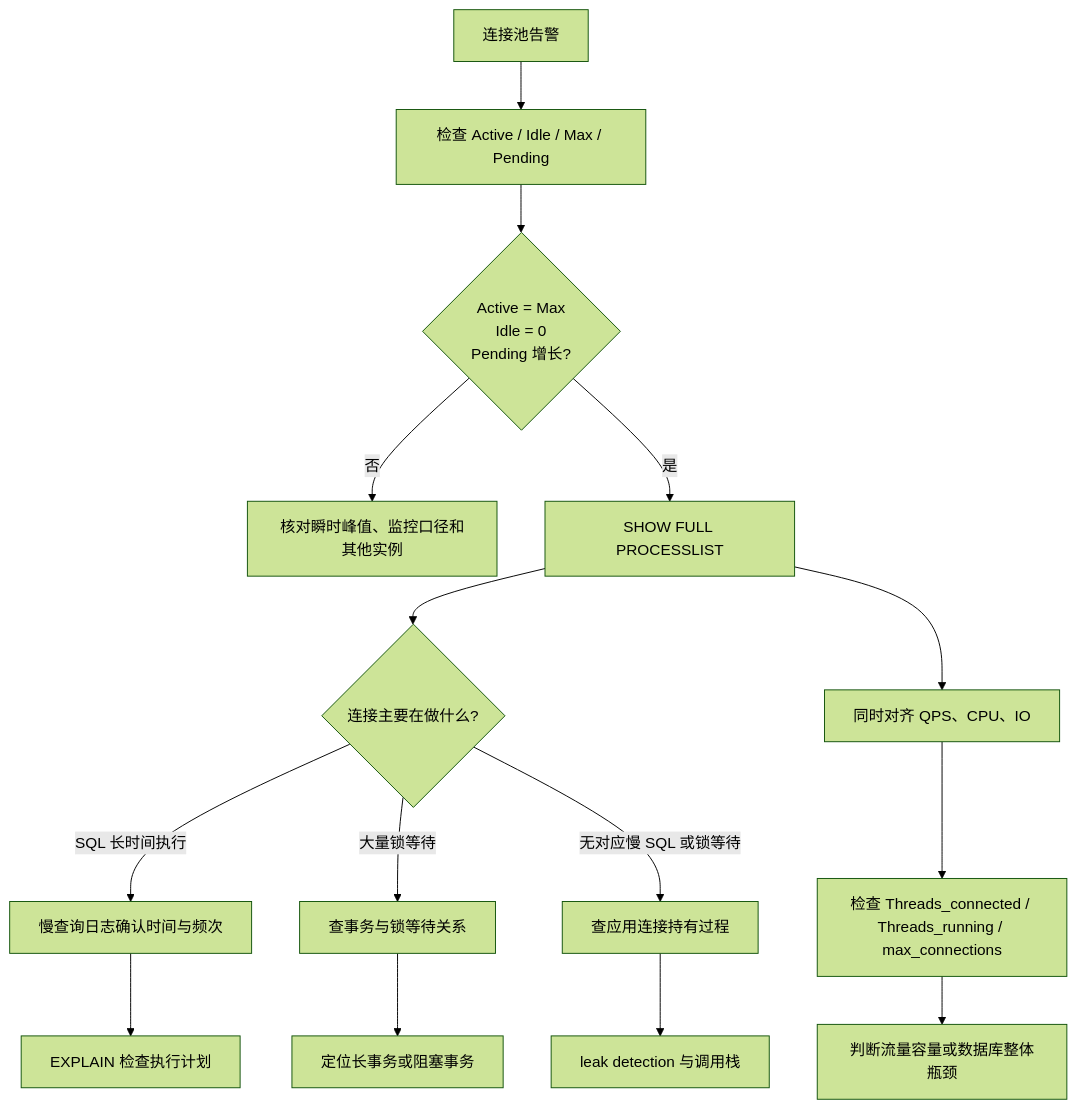
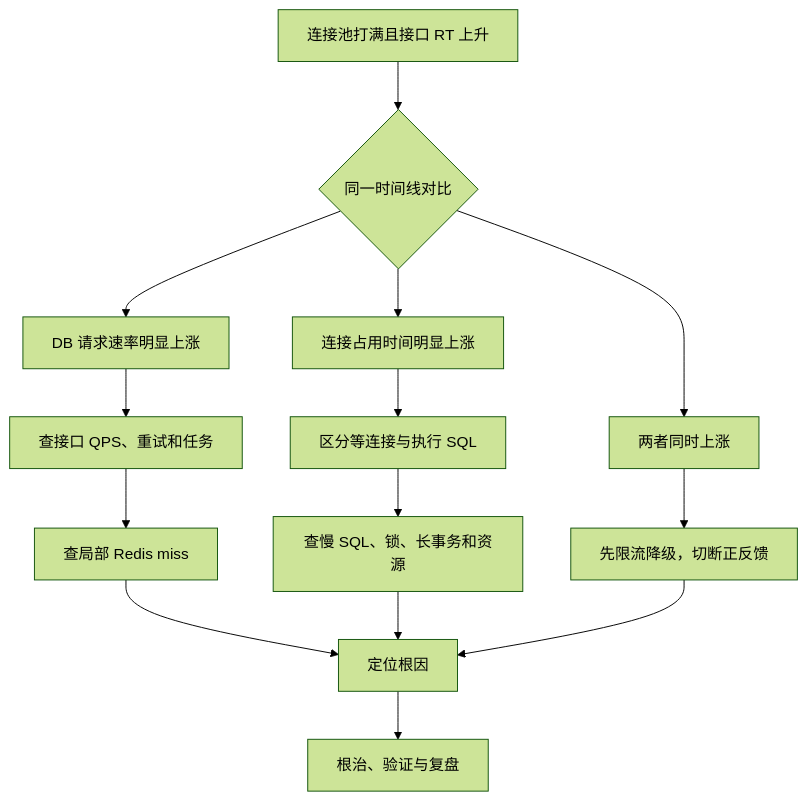
The diagram in content/interview/troubleshooting/mysql.md (blog-archives/interview), drawn with Mermaid (forest theme) before and after one commit. The commit also changed other lines of this file, not shown here.

Commit message:
docs(troubleshooting): 更新 MySQL 故障排查文档，重构内容以聚焦数据库连接池打满的原因分析与处理策略，提升故障定位与解决能力的系统性与实用性

````diff
--- a/content/interview/troubleshooting/mysql.md
+++ b/content/interview/troubleshooting/mysql.md
@@ -91,17 +138,16 @@
 ```mermaid
 flowchart TD
-    A[连接池告警] --> B[检查 Active / Idle / Max / Pending]
-    B --> C{Active = Max<br/>Idle = 0<br/>Pending 增长?}
-    C -- 否 --> D[核对瞬时峰值、监控口径和其他实例]
-    C -- 是 --> E[SHOW FULL PROCESSLIST]
-    E --> F{连接主要在做什么?}
-    F -- SQL 长时间执行 --> G[慢查询日志确认时间与频次]
-    G --> H[EXPLAIN 检查执行计划]
-    F -- 大量锁等待 --> I[查事务与锁等待关系]
-    I --> J[定位长事务或阻塞事务]
-    F -- 无对应慢 SQL 或锁等待 --> K[查应用连接持有过程]
-    K --> L[leak detection 与调用栈]
-    E --> M[同时对齐 QPS、CPU、IO]
-    M --> N[检查 Threads_connected / Threads_running / max_connections]
-    N --> O[判断流量容量或数据库整体瓶颈]
+    A[连接池打满且接口 RT 上升] --> B{同一时间线对比}
+    B --> C[DB 请求速率明显上涨]
+    B --> D[连接占用时间明显上涨]
+    B --> E[两者同时上涨]
+    C --> C1[查接口 QPS、重试和任务]
+    C1 --> C2[查局部 Redis miss]
+    D --> D1[区分等连接与执行 SQL]
+    D1 --> D2[查慢 SQL、锁、长事务和资源]
+    E --> F[先限流降级，切断正反馈]
+    C2 --> G[定位根因]
+    D2 --> G
+    F --> G
+    G --> H[根治、验证与复盘]
 ```
````
